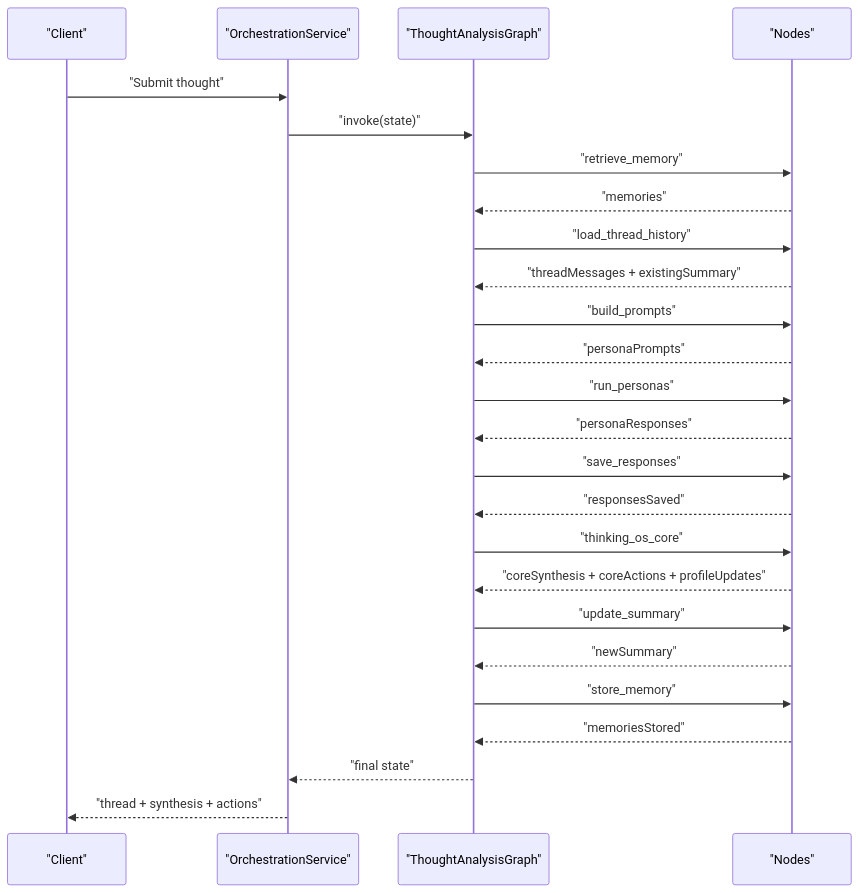
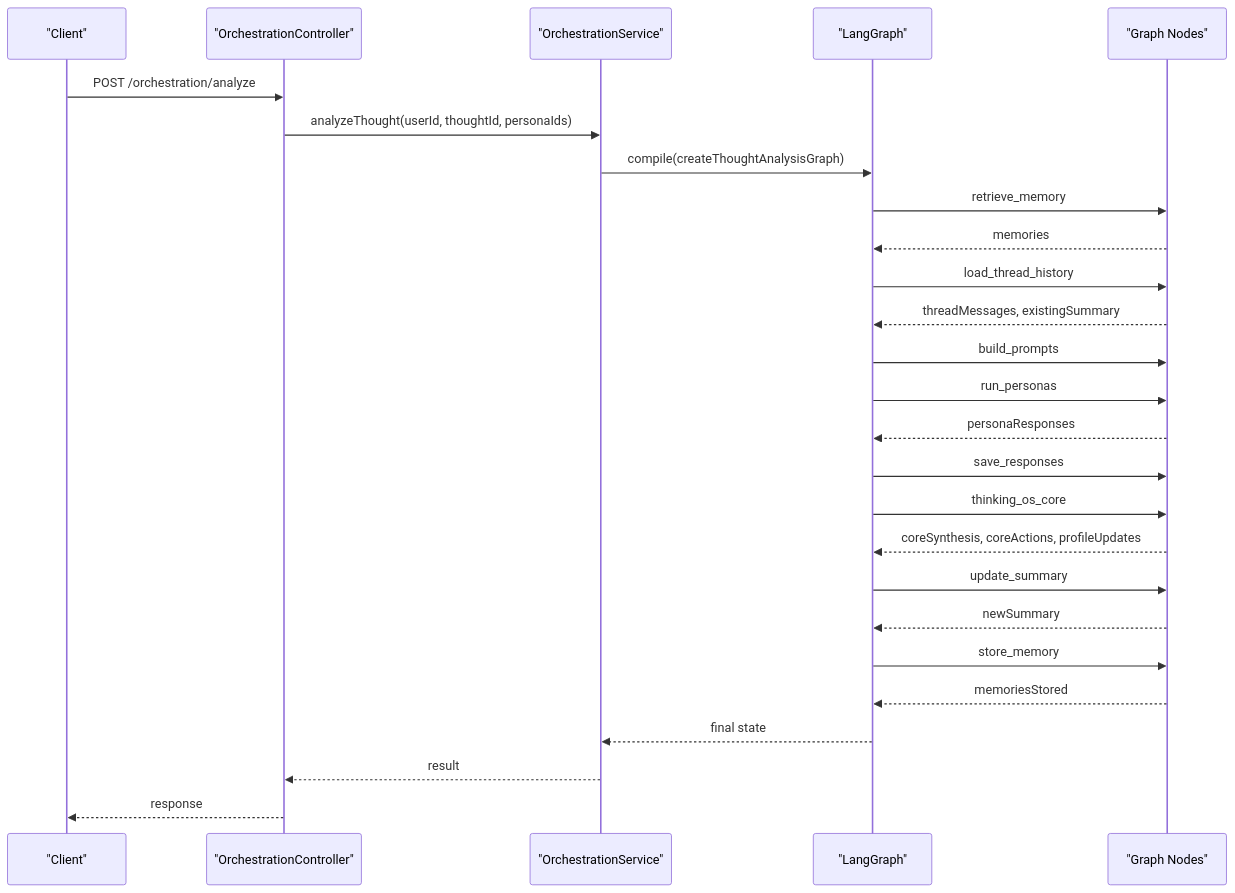
One commit to statgod6/4ever changed the second of 9 diagrams in .qoder/repowiki/en/content/Core Features/Thought & Memory System/Persona Orchestration Engine.md. Above: the diagram before and after it, drawn with Mermaid. The commit also changed other lines of this file and 116 other files, not shown here.

````diff
--- a/.qoder/repowiki/en/content/Core Features/Thought & Memory System/Persona Orchestration Engine.md
+++ b/.qoder/repowiki/en/content/Core Features/Thought & Memory System/Persona Orchestration Engine.md
@@ -100,27 +102,28 @@
 ```mermaid
 sequenceDiagram
 participant Client as "Client"
+participant Controller as "OrchestrationController"
 participant Service as "OrchestrationService"
-participant Graph as "ThoughtAnalysisGraph"
-participant Node as "Nodes"
-Client->>Service : "Submit thought"
-Service->>Graph : "invoke(state)"
-Graph->>Node : "retrieve_memory"
-Node-->>Graph : "memories"
-Graph->>Node : "load_thread_history"
-Node-->>Graph : "threadMessages + existingSummary"
-Graph->>Node : "build_prompts"
-Node-->>Graph : "personaPrompts"
-Graph->>Node : "run_personas"
-Node-->>Graph : "personaResponses"
-Graph->>Node : "save_responses"
-Node-->>Graph : "responsesSaved"
-Graph->>Node : "thinking_os_core"
-Node-->>Graph : "coreSynthesis + coreActions + profileUpdates"
-Graph->>Node : "update_summary"
-Node-->>Graph : "newSummary"
-Graph->>Node : "store_memory"
-Node-->>Graph : "memoriesStored"
-Graph-->>Service : "final state"
-Service-->>Client : "thread + synthesis + actions"
+participant Graph as "LangGraph"
+participant Nodes as "Graph Nodes"
+Client->>Controller : POST /orchestration/analyze
+Controller->>Service : analyzeThought(userId, thoughtId, personaIds)
+Service->>Graph : compile(createThoughtAnalysisGraph)
+Graph->>Nodes : retrieve_memory
+Nodes-->>Graph : memories
+Graph->>Nodes : load_thread_history
+Nodes-->>Graph : threadMessages, existingSummary
+Graph->>Nodes : build_prompts
+Graph->>Nodes : run_personas
+Nodes-->>Graph : personaResponses
+Graph->>Nodes : save_responses
+Graph->>Nodes : thinking_os_core
+Nodes-->>Graph : coreSynthesis, coreActions, profileUpdates
+Graph->>Nodes : update_summary
+Nodes-->>Graph : newSummary
+Graph->>Nodes : store_memory
+Nodes-->>Graph : memoriesStored
+Graph-->>Service : final state
+Service-->>Controller : result
+Controller-->>Client : response
 ```
````
